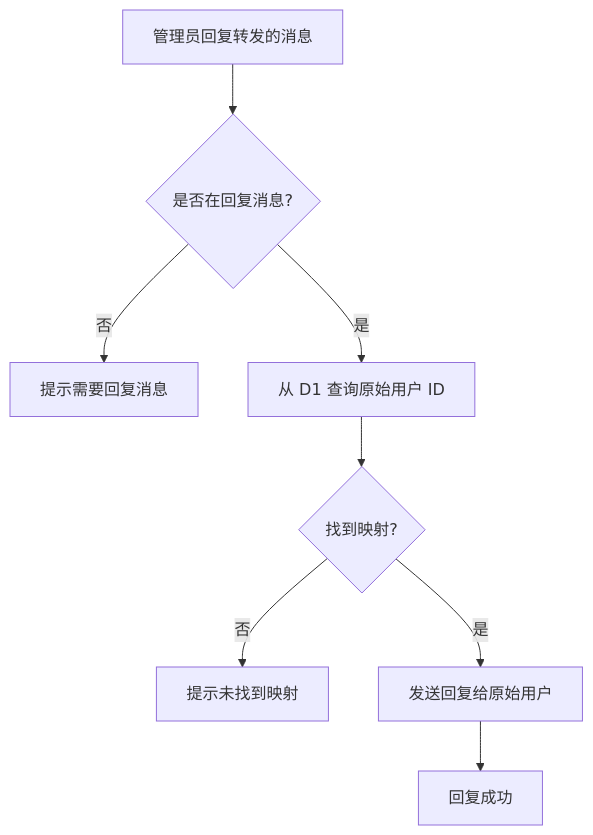
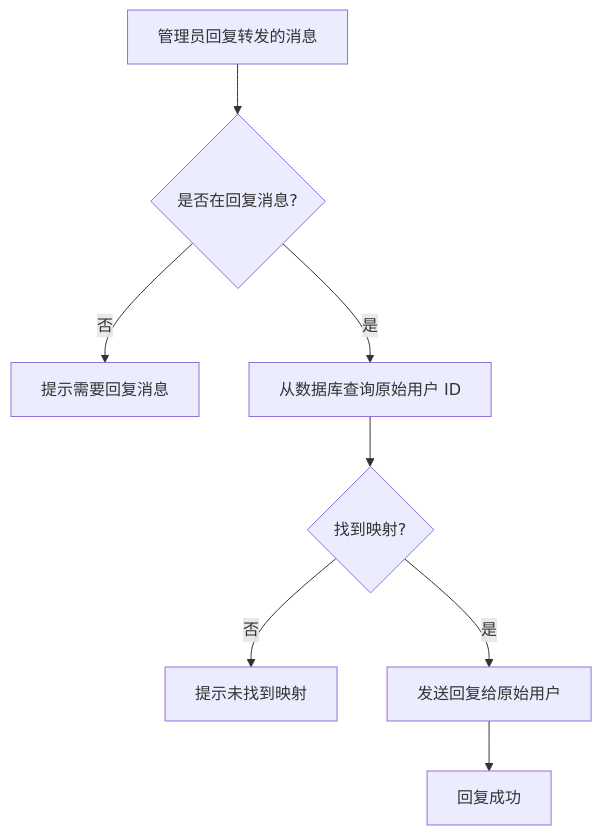
One commit to CrazyForks/telegram-watchdog changed the second of 2 diagrams in README.md. Above: the diagram before and after it, drawn with Mermaid. The commit also changed other lines of this file and 15 other files, not shown here.

````diff
--- a/README.md
+++ b/README.md
@@ -131,10 +323,10 @@
 ```mermaid
 graph TD
     A[管理员回复转发的消息] --> B{是否在回复消息?}
     B -->|否| C[提示需要回复消息]
-    B -->|是| D[从 D1 查询原始用户 ID]
+    B -->|是| D[从数据库查询原始用户 ID]
     D --> E{找到映射?}
     E -->|否| F[提示未找到映射]
     E -->|是| G[发送回复给原始用户]
     G --> H[回复成功]
 ```
````
